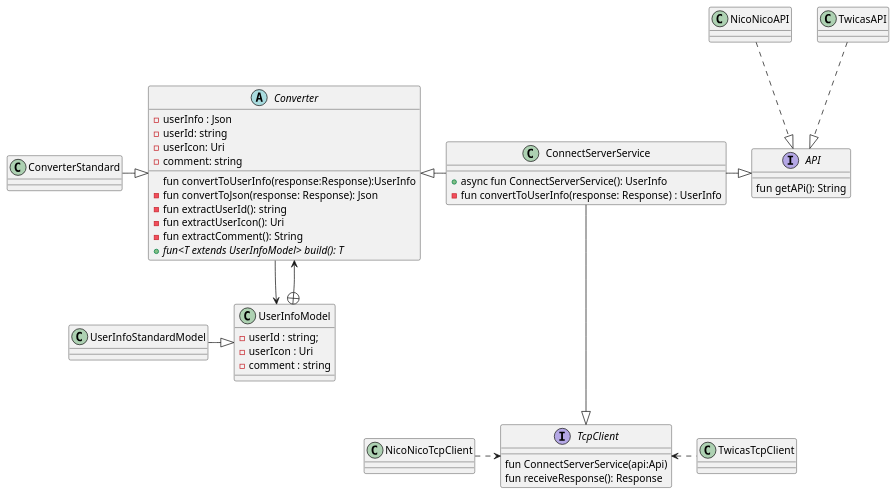
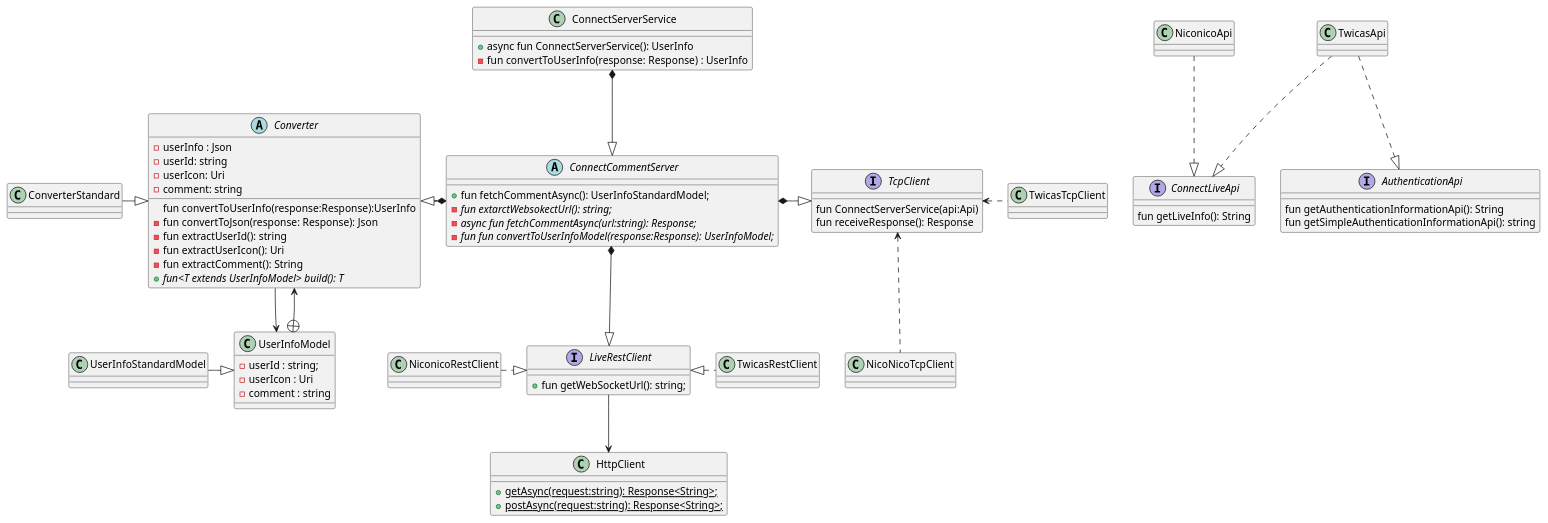
Before and after one commit to elm-niconico/AppDesign: the diagram in twicas_and_niconico_comment_viewer/class_diagram.pu, drawn with PlantUML. The commit also changed 6 other files, not shown here.

Commit message:
クラス図の見直し

```diff
--- a/twicas_and_niconico_comment_viewer/class_diagram.pu
+++ b/twicas_and_niconico_comment_viewer/class_diagram.pu
@@ -1,65 +1,99 @@
 @startuml model_コメント取得クラス図
     interface TcpClient{
         fun ConnectServerService(api:Api)
         fun receiveResponse(): Response
     }
     class NicoNicoTcpClient{
 
     }
     class TwicasTcpClient{
 
     }
 
-    interface API{
-        fun getAPi(): String
+    interface ConnectLiveApi{
+        fun getLiveInfo(): String
+    }
+    
+    interface AuthenticationApi{
+        fun getAuthenticationInformationApi(): String
+        fun getSimpleAuthenticationInformationApi(): string
     }
 
-    class NicoNicoAPI{}
+    class NiconicoApi {}
 
-    class TwicasAPI{}
+    class TwicasApi{}
+
     class ConverterStandard { 
+    }
+
+    abstract class ConnectCommentServer {
+        + fun fetchCommentAsync(): UserInfoStandardModel;
+        - {abstract} fun extarctWebsokectUrl(): string;
+        - {abstract} async fun fetchCommentAsync(url:string): Response;
+        - {abstract} fun fun convertToUserInfoModel(response:Response): UserInfoModel;
+    }
+
+    interface LiveRestClient{
+        + fun getWebSocketUrl(): string;
+    }
+    class NiconicoRestClient{
+
+    }
+    class HttpClient{
+        + {static} getAsync(request:string): Response<String>;
+        + {static} postAsync(request:string): Response<String>;
     }
 
     abstract class Converter{
         - userInfo : Json
         - userId: string
         - userIcon: Uri
         - comment: string
 
         fun convertToUserInfo(response:Response):UserInfo
         -  fun convertToJson(response: Response): Json
         -  fun extractUserId(): string
         -  fun extractUserIcon(): Uri
         -  fun extractComment(): String
         + {abstract} fun<T extends UserInfoModel> build(): T  
     }
 
     class UserInfoModel{
         - userId : string;
         - userIcon : Uri
         - comment : string
     }
     
     class ConnectServerService{
         + async fun ConnectServerService(): UserInfo
         - fun convertToUserInfo(response: Response) : UserInfo
     }
     'コネクトサーバ
-    ConnectServerService ---|> TcpClient
-    ConnectServerService -left-|> Converter
-    ConnectServerService -right-|> API
+    ConnectServerService *--|> ConnectCommentServer
+    'コネクトコメントサーバ'
+    ConnectCommentServer *--|> LiveRestClient
+    ConnectCommentServer *-right-|> TcpClient
+    ConnectCommentServer *-left-|> Converter
+
+
     'ユーザー情報
     UserInfoModel +--> Converter
     'コンバータ
     Converter --> UserInfoModel
     'クライアント
-    NicoNicoTcpClient .right.> TcpClient
+    NicoNicoTcpClient .up.> TcpClient
     TwicasTcpClient .left.> TcpClient
+    'ユーザー情報モデル
     UserInfoStandardModel -right-|> UserInfoModel
+    'レストクライアント
+    NiconicoRestClient .right.|> LiveRestClient
+    TwicasRestClient   .left.|>  LiveRestClient
+    LiveRestClient -down-> HttpClient
+    TwicasApi ..|>   ConnectLiveApi
+    NiconicoApi ..|> ConnectLiveApi
+    TwicasApi ..|>  AuthenticationApi
+    
+    ConverterStandard -right-|> Converter
 
-    TwicasAPI ..|> API
-    NicoNicoAPI ..|> API
-    ConverterStandard -right-|> Converter
- 
 
 @enduml
```
